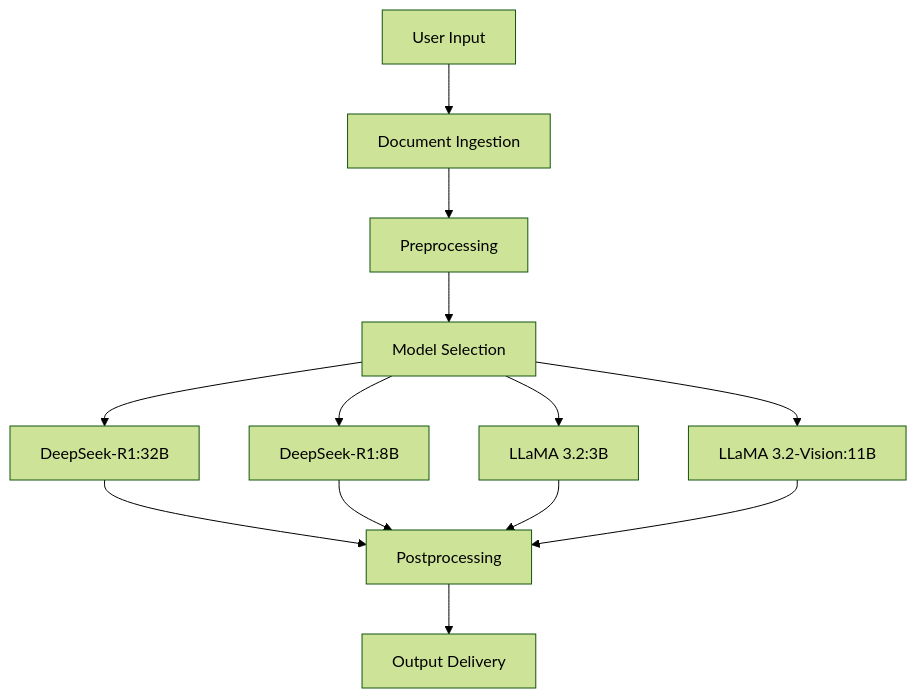
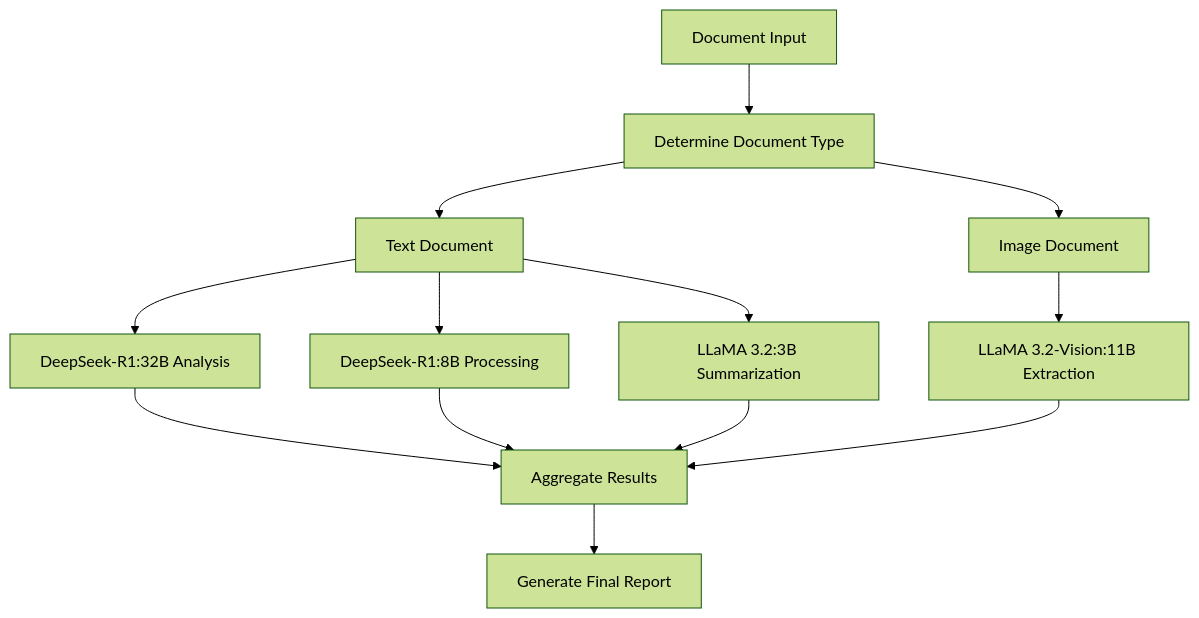
The diagram in docs/ppt/flowchgart.mmd (0xGeN02/CertyLex), drawn with Mermaid (forest theme) before and after one commit.

Commit message:
fix flowchart

```diff
--- a/docs/ppt/flowchgart.mmd
+++ b/docs/ppt/flowchgart.mmd
@@ -1,21 +1,23 @@
 flowchart TD
-    A[User Input]
-    B[Document Ingestion]
-    C[Preprocessing]
-    D[Model Selection]
-    E1[DeepSeek-R1:32B]
-    E2[DeepSeek-R1:8B]
-    E3[LLaMA 3.2:3B]
-    E4[LLaMA 3.2-Vision:11B]
-    F[Postprocessing]
-    G[Output Delivery]
+    A[Document Input]
+    B[Determine Document Type]
+    C1[Text Document]
+    C2[Image Document]
+    D1[DeepSeek-R1:32B Analysis]
+    D2[DeepSeek-R1:8B Processing]
+    D3[LLaMA 3.2:3B Summarization]
+    D4[LLaMA 3.2-Vision:11B Extraction]
+    E[Aggregate Results]
+    F[Generate Final Report]
 
-    A --> B --> C --> D
-    D --> E1
-    D --> E2
-    D --> E3
-    D --> E4
-    E1 --> F
-    E2 --> F
-    E3 --> F
-    E4 --> F --> G
+    A --> B
+    B --> C1
+    B --> C2
+    C1 --> D1
+    C1 --> D2
+    C1 --> D3
+    C2 --> D4
+    D1 --> E
+    D2 --> E
+    D3 --> E
+    D4 --> E --> F
```
